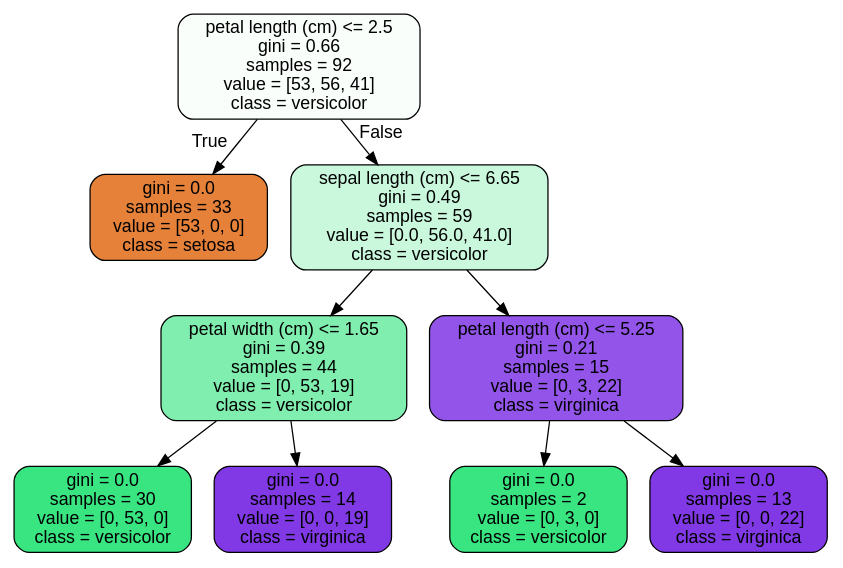
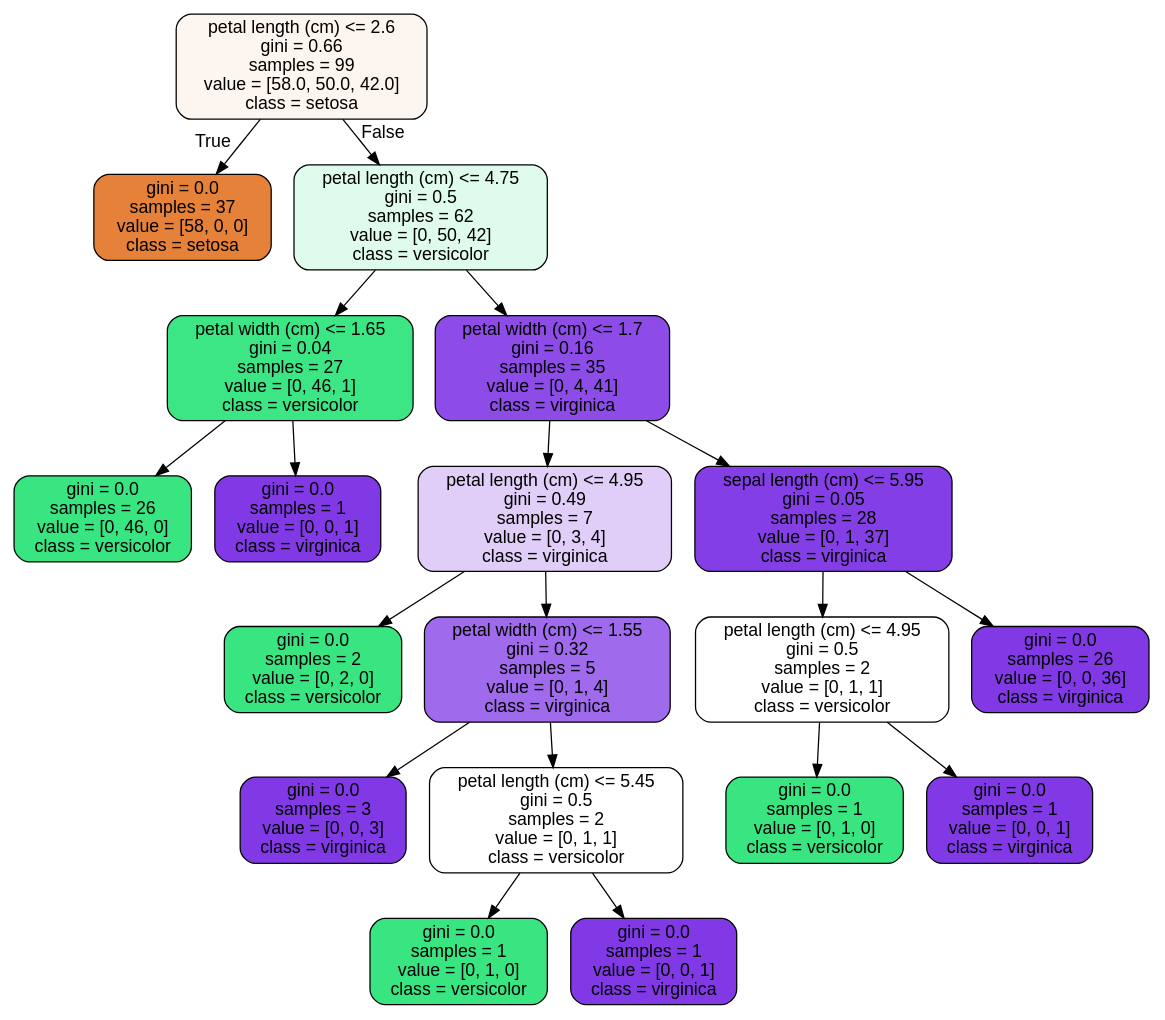
The diagram in Unit_25/Case-Study-Random-Forest/tree.dot (hello-oasis/springboard), drawn with Graphviz before and after one commit. The commit also changed 3 other files, not shown here.

```diff
--- a/Unit_25/Case-Study-Random-Forest/tree.dot
+++ b/Unit_25/Case-Study-Random-Forest/tree.dot
@@ -1,21 +1,41 @@
 digraph Tree {
 node [shape=box, style="filled, rounded", color="black", fontname="helvetica"] ;
 edge [fontname="helvetica"] ;
-0 [label="petal length (cm) <= 2.5\ngini = 0.66\nsamples = 92\nvalue = [53, 56, 41]\nclass = versicolor", fillcolor="#f9fefb"] ;
-1 [label="gini = 0.0\nsamples = 33\nvalue = [53, 0, 0]\nclass = setosa", fillcolor="#e58139"] ;
+0 [label="petal length (cm) <= 2.6\ngini = 0.66\nsamples = 99\nvalue = [58.0, 50.0, 42.0]\nclass = setosa", fillcolor="#fdf5ef"] ;
+1 [label="gini = 0.0\nsamples = 37\nvalue = [58, 0, 0]\nclass = setosa", fillcolor="#e58139"] ;
 0 -> 1 [labeldistance=2.5, labelangle=45, headlabel="True"] ;
-2 [label="sepal length (cm) <= 6.65\ngini = 0.49\nsamples = 59\nvalue = [0.0, 56.0, 41.0]\nclass = versicolor", fillcolor="#caf8dd"] ;
+2 [label="petal length (cm) <= 4.75\ngini = 0.5\nsamples = 62\nvalue = [0, 50, 42]\nclass = versicolor", fillcolor="#dffbeb"] ;
 0 -> 2 [labeldistance=2.5, labelangle=-45, headlabel="False"] ;
-3 [label="petal width (cm) <= 1.65\ngini = 0.39\nsamples = 44\nvalue = [0, 53, 19]\nclass = versicolor", fillcolor="#80eeae"] ;
+3 [label="petal width (cm) <= 1.65\ngini = 0.04\nsamples = 27\nvalue = [0, 46, 1]\nclass = versicolor", fillcolor="#3de684"] ;
 2 -> 3 ;
-4 [label="gini = 0.0\nsamples = 30\nvalue = [0, 53, 0]\nclass = versicolor", fillcolor="#39e581"] ;
+4 [label="gini = 0.0\nsamples = 26\nvalue = [0, 46, 0]\nclass = versicolor", fillcolor="#39e581"] ;
 3 -> 4 ;
-5 [label="gini = 0.0\nsamples = 14\nvalue = [0, 0, 19]\nclass = virginica", fillcolor="#8139e5"] ;
+5 [label="gini = 0.0\nsamples = 1\nvalue = [0, 0, 1]\nclass = virginica", fillcolor="#8139e5"] ;
 3 -> 5 ;
-6 [label="petal length (cm) <= 5.25\ngini = 0.21\nsamples = 15\nvalue = [0, 3, 22]\nclass = virginica", fillcolor="#9254e9"] ;
+6 [label="petal width (cm) <= 1.7\ngini = 0.16\nsamples = 35\nvalue = [0, 4, 41]\nclass = virginica", fillcolor="#8d4ce8"] ;
 2 -> 6 ;
-7 [label="gini = 0.0\nsamples = 2\nvalue = [0, 3, 0]\nclass = versicolor", fillcolor="#39e581"] ;
+7 [label="petal length (cm) <= 4.95\ngini = 0.49\nsamples = 7\nvalue = [0, 3, 4]\nclass = virginica", fillcolor="#e0cef8"] ;
 6 -> 7 ;
-8 [label="gini = 0.0\nsamples = 13\nvalue = [0, 0, 22]\nclass = virginica", fillcolor="#8139e5"] ;
-6 -> 8 ;
+8 [label="gini = 0.0\nsamples = 2\nvalue = [0, 2, 0]\nclass = versicolor", fillcolor="#39e581"] ;
+7 -> 8 ;
+9 [label="petal width (cm) <= 1.55\ngini = 0.32\nsamples = 5\nvalue = [0, 1, 4]\nclass = virginica", fillcolor="#a06aec"] ;
+7 -> 9 ;
+10 [label="gini = 0.0\nsamples = 3\nvalue = [0, 0, 3]\nclass = virginica", fillcolor="#8139e5"] ;
+9 -> 10 ;
+11 [label="petal length (cm) <= 5.45\ngini = 0.5\nsamples = 2\nvalue = [0, 1, 1]\nclass = versicolor", fillcolor="#ffffff"] ;
+9 -> 11 ;
+12 [label="gini = 0.0\nsamples = 1\nvalue = [0, 1, 0]\nclass = versicolor", fillcolor="#39e581"] ;
+11 -> 12 ;
+13 [label="gini = 0.0\nsamples = 1\nvalue = [0, 0, 1]\nclass = virginica", fillcolor="#8139e5"] ;
+11 -> 13 ;
+14 [label="sepal length (cm) <= 5.95\ngini = 0.05\nsamples = 28\nvalue = [0, 1, 37]\nclass = virginica", fillcolor="#843ee6"] ;
+6 -> 14 ;
+15 [label="petal length (cm) <= 4.95\ngini = 0.5\nsamples = 2\nvalue = [0, 1, 1]\nclass = versicolor", fillcolor="#ffffff"] ;
+14 -> 15 ;
+16 [label="gini = 0.0\nsamples = 1\nvalue = [0, 1, 0]\nclass = versicolor", fillcolor="#39e581"] ;
+15 -> 16 ;
+17 [label="gini = 0.0\nsamples = 1\nvalue = [0, 0, 1]\nclass = virginica", fillcolor="#8139e5"] ;
+15 -> 17 ;
+18 [label="gini = 0.0\nsamples = 26\nvalue = [0, 0, 36]\nclass = virginica", fillcolor="#8139e5"] ;
+14 -> 18 ;
 }
```
